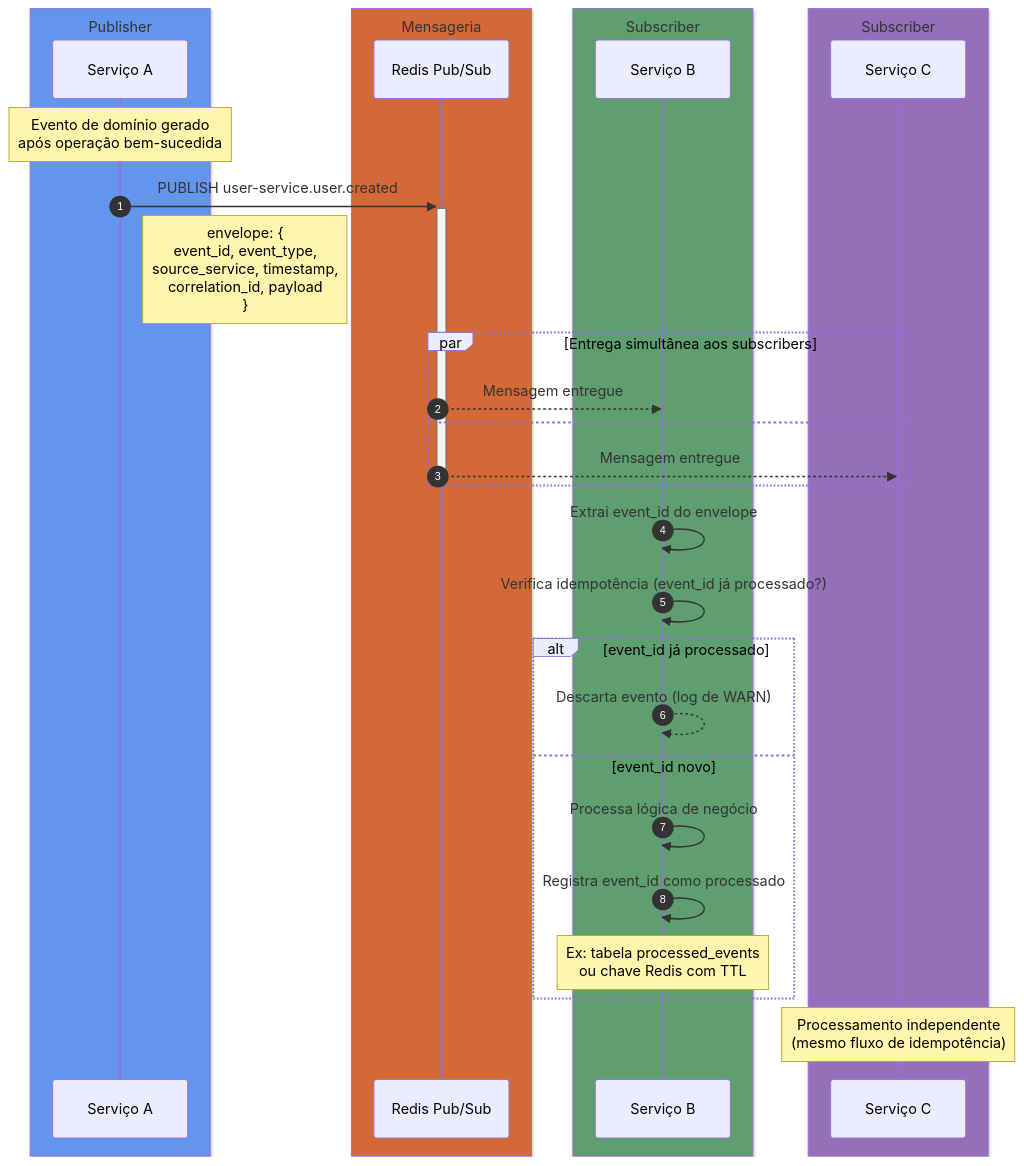
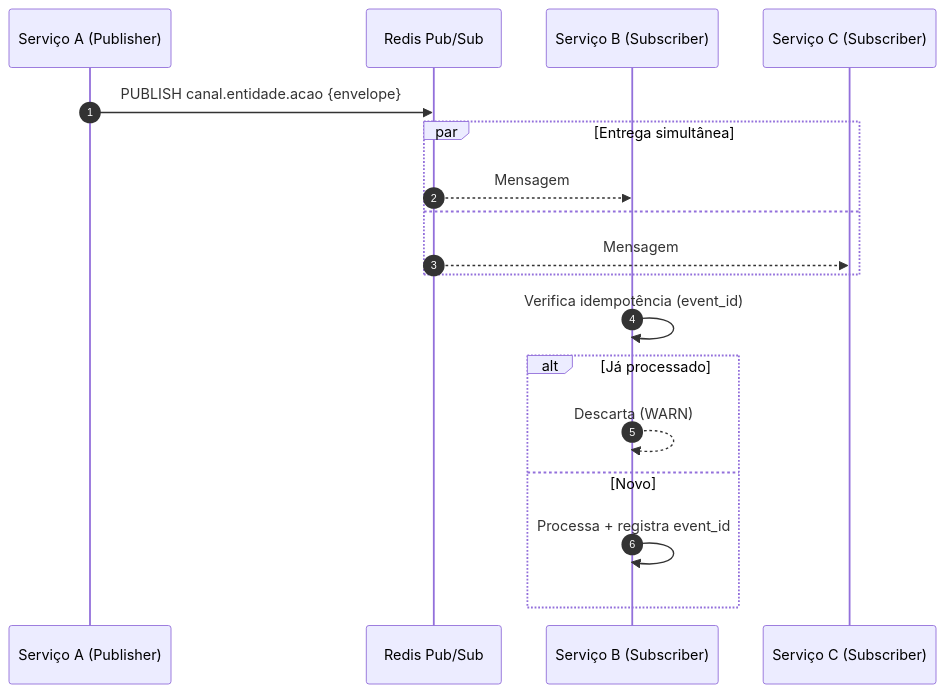
One commit to LeoGBarros/AI_Project changed the diagram in docs/diagrams/pubsub-event-flow.md. Above: the diagram before and after it, drawn with Mermaid. The commit also changed other lines of this file and 6 other files, not shown here.

Commit message:
fix diagrams

````diff
--- a/docs/diagrams/pubsub-event-flow.md
+++ b/docs/diagrams/pubsub-event-flow.md
@@ -49,42 +34,24 @@
 ```mermaid
 sequenceDiagram
     autonumber
 
-    box rgb(100, 149, 237) Publisher
-        participant SvcA as Serviço A
-    end
-    box rgb(210, 105, 55) Mensageria
-        participant Redis as Redis Pub/Sub
-    end
-    box rgb(95, 158, 110) Subscriber
-        participant SvcB as Serviço B
-    end
-    box rgb(147, 112, 185) Subscriber
-        participant SvcC as Serviço C
+    participant SvcA as Serviço A (Publisher)
+    participant Redis as Redis Pub/Sub
+    participant SvcB as Serviço B (Subscriber)
+    participant SvcC as Serviço C (Subscriber)
+
+    SvcA->>Redis: PUBLISH canal.entidade.acao {envelope}
+
+    par Entrega simultânea
+        Redis-->>SvcB: Mensagem
+    and
+        Redis-->>SvcC: Mensagem
     end
 
-    Note over SvcA: Evento de domínio gerado<br/>após operação bem-sucedida
-
-    SvcA->>+Redis: PUBLISH user-service.user.created
-    Note right of SvcA: envelope: {<br/>  event_id, event_type,<br/>  source_service, timestamp,<br/>  correlation_id, payload<br/>}
-
-    par Entrega simultânea aos subscribers
-        Redis-->>SvcB: Mensagem entregue
-    and
-        Redis-->>SvcC: Mensagem entregue
+    SvcB->>SvcB: Verifica idempotência (event_id)
+    alt Já processado
+        SvcB-->>SvcB: Descarta (WARN)
+    else Novo
+        SvcB->>SvcB: Processa + registra event_id
     end
-    deactivate Redis
-
-    SvcB->>SvcB: Extrai event_id do envelope
-    SvcB->>SvcB: Verifica idempotência (event_id já processado?)
-
-    alt event_id já processado
-        SvcB-->>SvcB: Descarta evento (log de WARN)
-    else event_id novo
-        SvcB->>SvcB: Processa lógica de negócio
-        SvcB->>SvcB: Registra event_id como processado
-        Note over SvcB: Ex: tabela processed_events<br/>ou chave Redis com TTL
-    end
-
-    Note over SvcC: Processamento independente<br/>(mesmo fluxo de idempotência)
 ```
````
